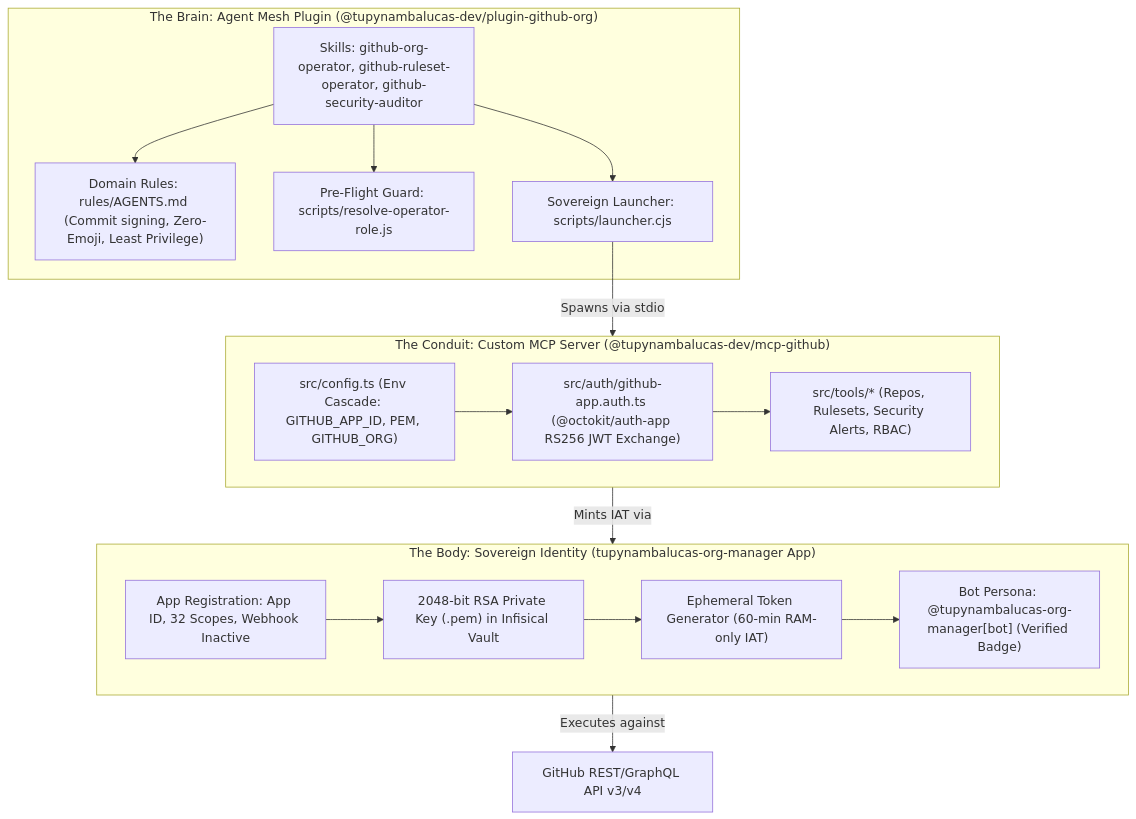
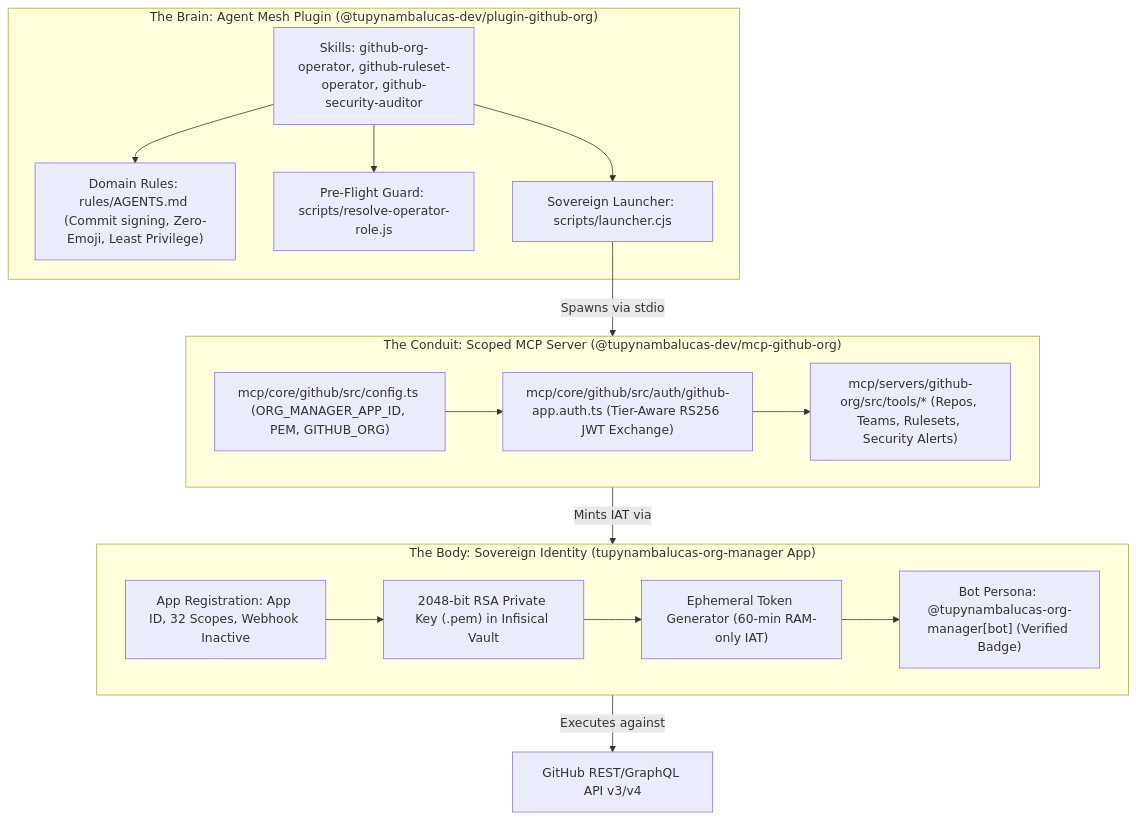
Before and after one commit to tupynambalucas-dev/.github: the first of 2 diagrams in .agents/plans/github-app-architecture/plugin-integration-and-mcp-authorization-model.md, drawn with Mermaid. The commit also changed other lines of this file and 7 other files, not shown here.

Commit message:
docs(plans): align github-app-architecture with scoped mcp and token standards (#46)

````diff
--- a/.agents/plans/github-app-architecture/plugin-integration-and-mcp-authorization-model.md
+++ b/.agents/plans/github-app-architecture/plugin-integration-and-mcp-authorization-model.md
@@ -29,34 +29,34 @@
 ```mermaid
 flowchart TD
     subgraph Brain ["The Brain: Agent Mesh Plugin (@tupynambalucas-dev/plugin-github-org)"]
         Skills["Skills: github-org-operator, github-ruleset-operator, github-security-auditor"]
         Rules["Domain Rules: rules/AGENTS.md (Commit signing, Zero-Emoji, Least Privilege)"]
         PreFlight["Pre-Flight Guard: scripts/resolve-operator-role.js"]
         Launcher["Sovereign Launcher: scripts/launcher.cjs"]
         Skills --> Rules
         Skills --> PreFlight
         Skills --> Launcher
     end
 
     subgraph Body ["The Body: Sovereign Identity (tupynambalucas-org-manager App)"]
         AppMeta["App Registration: App ID, 32 Scopes, Webhook Inactive"]
         PrivateKey["2048-bit RSA Private Key (.pem) in Infisical Vault"]
         TokenIssuer["Ephemeral Token Generator (60-min RAM-only IAT)"]
         BotPersona["Bot Persona: @tupynambalucas-org-manager[bot] (Verified Badge)"]
         AppMeta --> PrivateKey
         PrivateKey --> TokenIssuer
         TokenIssuer --> BotPersona
     end
 
-    subgraph Conduit ["The Conduit: Custom MCP Server (@tupynambalucas-dev/mcp-github)"]
-        MCPConfig["src/config.ts (Env Cascade: GITHUB_APP_ID, PEM, GITHUB_ORG)"]
-        OctokitAuth["src/auth/github-app.auth.ts (@octokit/auth-app RS256 JWT Exchange)"]
-        ToolHandlers["src/tools/* (Repos, Rulesets, Security Alerts, RBAC)"]
+    subgraph Conduit ["The Conduit: Scoped MCP Server (@tupynambalucas-dev/mcp-github-org)"]
+        MCPConfig["mcp/core/github/src/config.ts (ORG_MANAGER_APP_ID, PEM, GITHUB_ORG)"]
+        OctokitAuth["mcp/core/github/src/auth/github-app.auth.ts (Tier-Aware RS256 JWT Exchange)"]
+        ToolHandlers["mcp/servers/github-org/src/tools/* (Repos, Teams, Rulesets, Security Alerts)"]
         MCPConfig --> OctokitAuth
         OctokitAuth --> ToolHandlers
     end
 
     Launcher -- "Spawns via stdio" --> Conduit
     Conduit -- "Mints IAT via" --> Body
     Body -- "Executes against" --> GitHubAPI["GitHub REST/GraphQL API v3/v4"]
 ```
````
